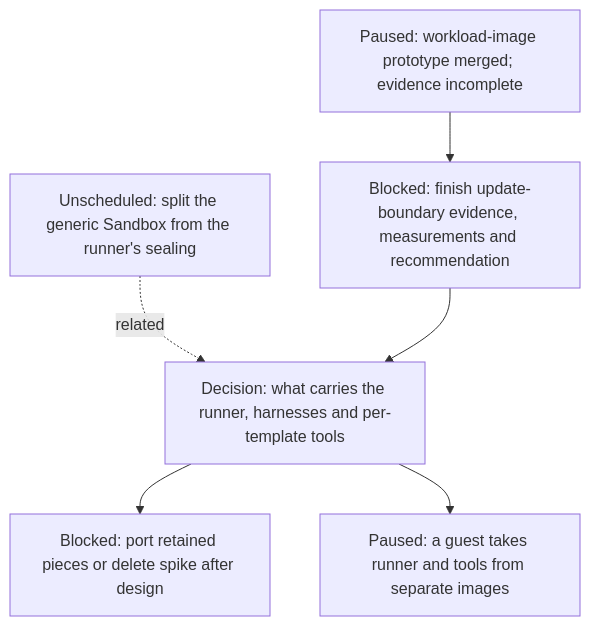
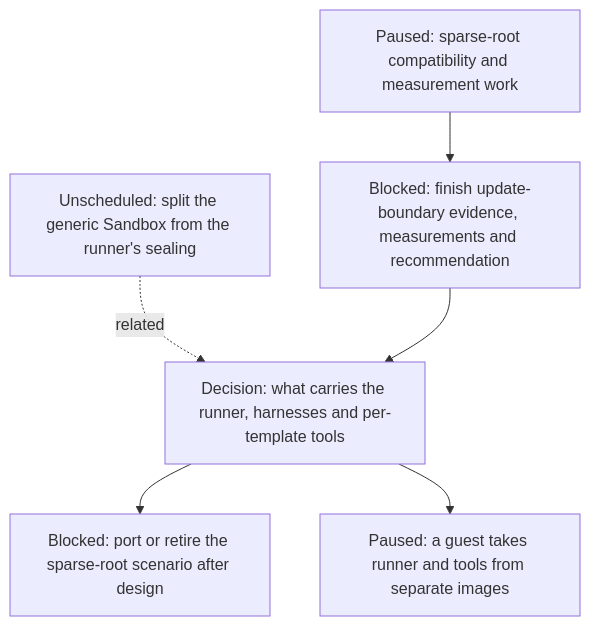
One commit to agentydragon/ducktape changed the tenth of 19 diagrams in agentplane/plans/task_dag.md. Above: the diagram before and after it, drawn with Mermaid. The commit also changed other lines of this file and 10 other files, not shown here.

Commit message:
Retire the local runner-layering VM probe

````diff
--- a/agentplane/plans/task_dag.md
+++ b/agentplane/plans/task_dag.md
@@ -1919,13 +1919,13 @@
 ```mermaid
 flowchart TD
     SANDBOX_GENERIC_SPLIT[Unscheduled: split the generic Sandbox from the runner's sealing]
     RUNNER_IMAGE_LAYERING_DESIGN[Decision: what carries the runner, harnesses and per-template tools]
-    RUNNER_LAYERING_SPIKE[Paused: workload-image prototype merged; evidence incomplete]
+    RUNNER_LAYERING_SPIKE[Paused: sparse-root compatibility and measurement work]
     RUNNER_LAYERING_SPIKE_EXIT[Blocked: finish update-boundary evidence, measurements and recommendation]
-    RUNNER_LAYERING_SPIKE_RETIRE[Blocked: port retained pieces or delete spike after design]
+    RUNNER_LAYERING_SPIKE_RETIRE[Blocked: port or retire the sparse-root scenario after design]
     SANDBOX_GENERIC_SPLIT -. related .-> RUNNER_IMAGE_LAYERING_DESIGN
     RUNNER_LAYERING_SPIKE --> RUNNER_LAYERING_SPIKE_EXIT
     RUNNER_LAYERING_SPIKE_EXIT --> RUNNER_IMAGE_LAYERING_DESIGN
     RUNNER_IMAGE_LAYERING_DESIGN --> RUNNER_LAYERING_SPIKE_RETIRE
     RUNNER_IMAGE_LAYERING_DESIGN --> RUNNER_LAYERING_VM[Paused: a guest takes runner and tools from separate images]
 ```
````
